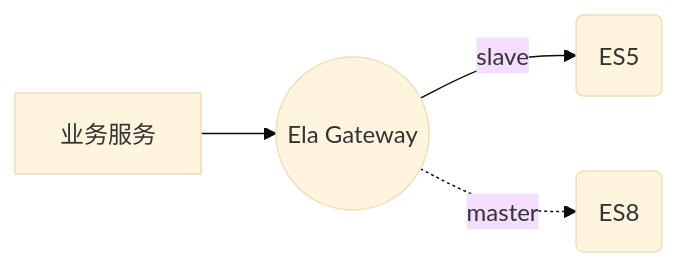
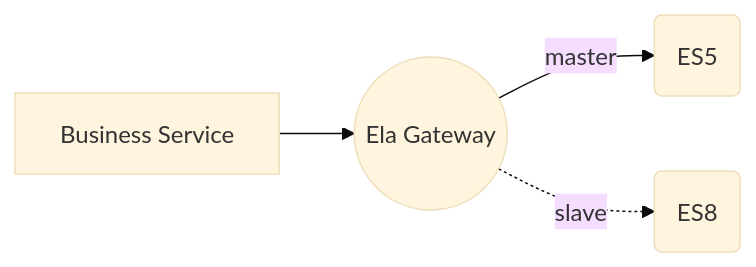
Before and after one commit to CharellKing/ela: the first of 5 diagrams in manual/en/01-Elasticsearch Data Migration Overall Solution.md, drawn with Mermaid (base theme). The commit also changed other lines of this file and 1 other file, not shown here.

Commit message:
replace chinese words

````diff
--- a/manual/en/01-Elasticsearch Data Migration Overall Solution.md
+++ b/manual/en/01-Elasticsearch Data Migration Overall Solution.md
@@ -34,6 +34,6 @@
 ```mermaid
 graph LR
-    A[业务服务] --> B((Ela Gateway))    
-    B --slave--> C(ES5)
-    B -.master-.-> D(ES8)
+    A[Business Service] --> B((Ela Gateway))    
+    B --master--> C(ES5)
+    B -.slave-.-> D(ES8)
 ```
````
